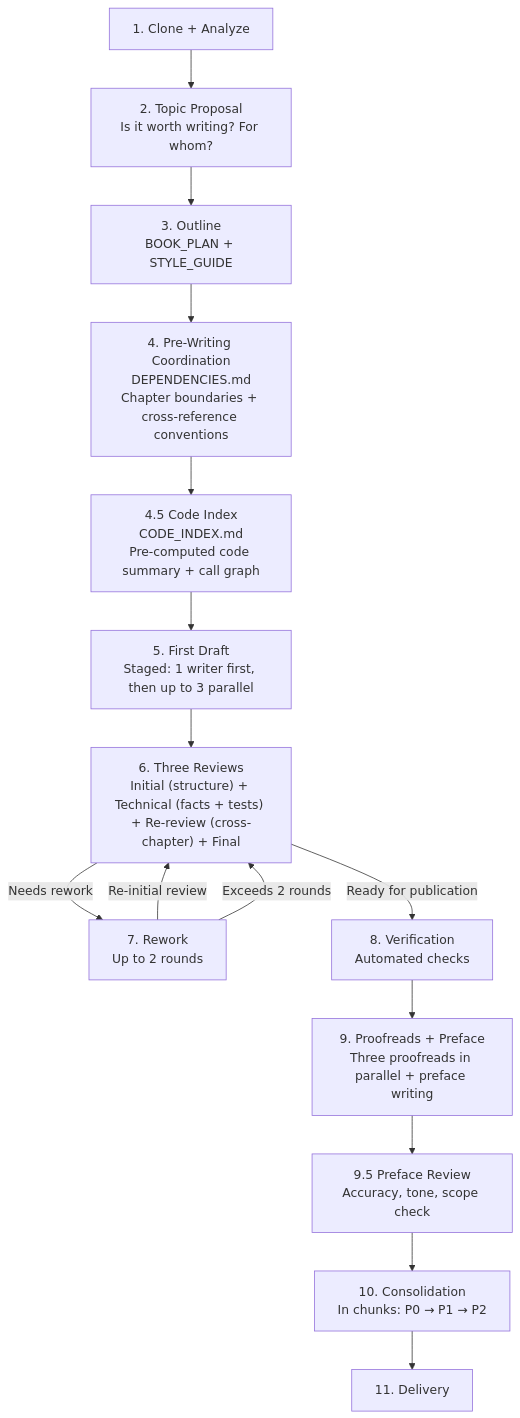
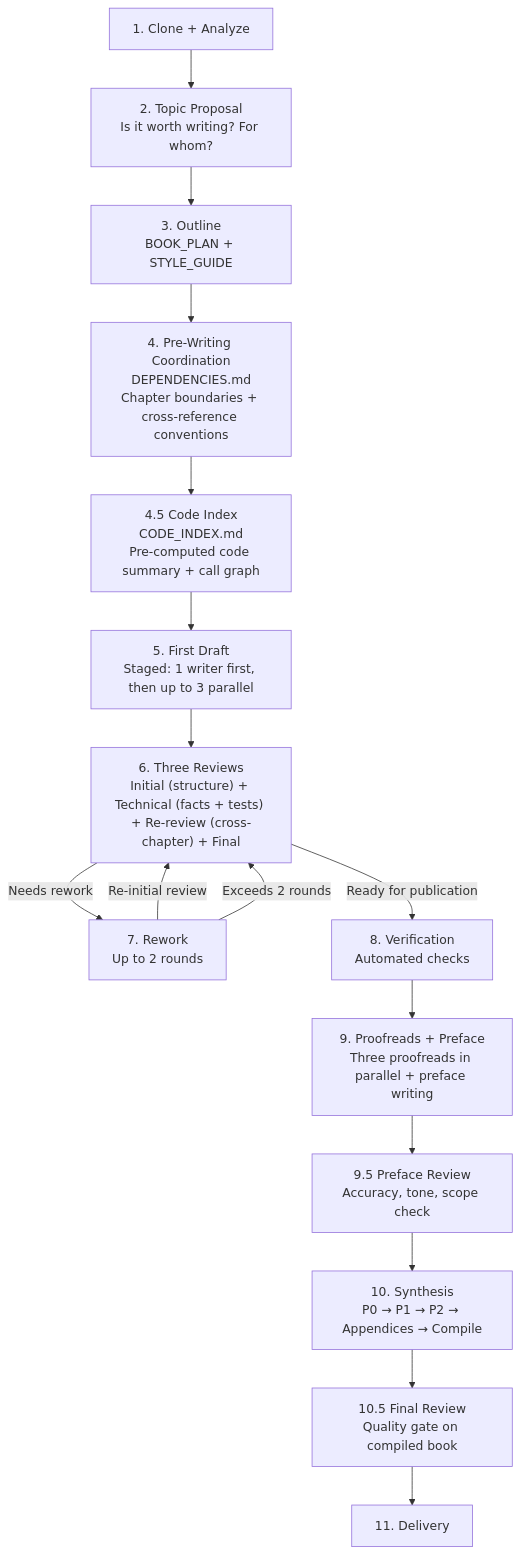
One commit to AngusFu/tech-insider changed the diagram in README.md. Above: the diagram before and after it, drawn with Mermaid. The commit also changed other lines of this file and 4 other files, not shown here.

````diff
--- a/README.md
+++ b/README.md
@@ -106,23 +106,24 @@
 ```mermaid
 flowchart TD
     S1["1. Clone + Analyze"]
     S2["2. Topic Proposal<br/>Is it worth writing? For whom?"]
     S3["3. Outline<br/>BOOK_PLAN + STYLE_GUIDE"]
     S4["4. Pre-Writing Coordination<br/>DEPENDENCIES.md<br/>Chapter boundaries + cross-reference conventions"]
     S45["4.5 Code Index<br/>CODE_INDEX.md<br/>Pre-computed code summary + call graph"]
     S5["5. First Draft<br/>Staged: 1 writer first, then up to 3 parallel"]
     S6["6. Three Reviews<br/>Initial (structure) + Technical (facts + tests) + Re-review (cross-chapter) + Final"]
     S7["7. Rework<br/>Up to 2 rounds"]
     S8["8. Verification<br/>Automated checks"]
     S9["9. Proofreads + Preface<br/>Three proofreads in parallel + preface writing"]
     S95["9.5 Preface Review<br/>Accuracy, tone, scope check"]
-    S10["10. Consolidation<br/>In chunks: P0 → P1 → P2"]
+    S10["10. Synthesis<br/>P0 → P1 → P2 → Appendices → Compile"]
+    S105["10.5 Final Review<br/>Quality gate on compiled book"]
     S11["11. Delivery"]
 
     S1 --> S2 --> S3 --> S4 --> S45 --> S5 --> S6
     S6 -->|Needs rework| S7
     S6 -->|Ready for publication| S8
     S7 -->|Re-initial review| S6
     S7 -->|Exceeds 2 rounds| S6
-    S8 --> S9 --> S95 --> S10 --> S11
+    S8 --> S9 --> S95 --> S10 --> S105 --> S11
 ```
````
